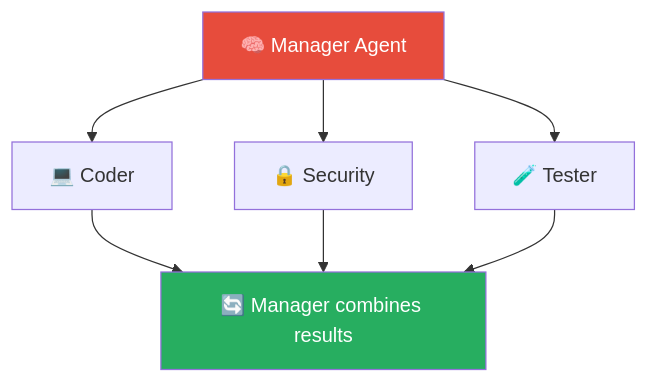
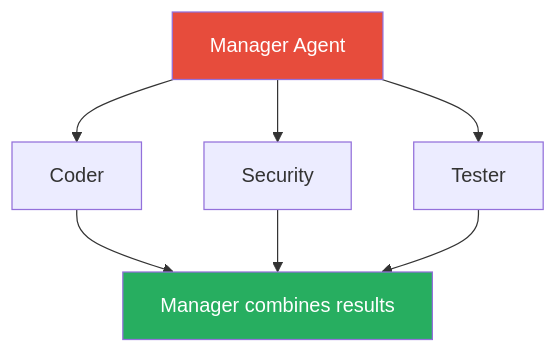
Before and after one commit to Sujalkathait/-AI-Agent-Security-Playbook.: the third of 53 diagrams in AI Agent Communication.md, drawn with Mermaid. The commit also changed other lines of this file and 2 other files, not shown here.

````diff
--- a/AI Agent Communication.md
+++ b/AI Agent Communication.md
@@ -113,12 +113,12 @@
 ```mermaid
 graph TD
-    Manager["🧠 Manager Agent"] --> Coder["💻 Coder"]
-    Manager --> Security["🔒 Security"]
-    Manager --> Tester["🧪 Tester"]
-    Coder --> Combine["🔄 Manager combines results"]
-    Security --> Combine
-    Tester --> Combine
+  Manager[" Manager Agent"] --> Coder[" Coder"]
+  Manager --> Security[" Security"]
+  Manager --> Tester[" Tester"]
+  Coder --> Combine[" Manager combines results"]
+  Security --> Combine
+  Tester --> Combine
 
-    style Manager fill:#e74c3c,color:white
-    style Combine fill:#27ae60,color:white
+  style Manager fill:#e74c3c,color:white
+  style Combine fill:#27ae60,color:white
 ```
````
